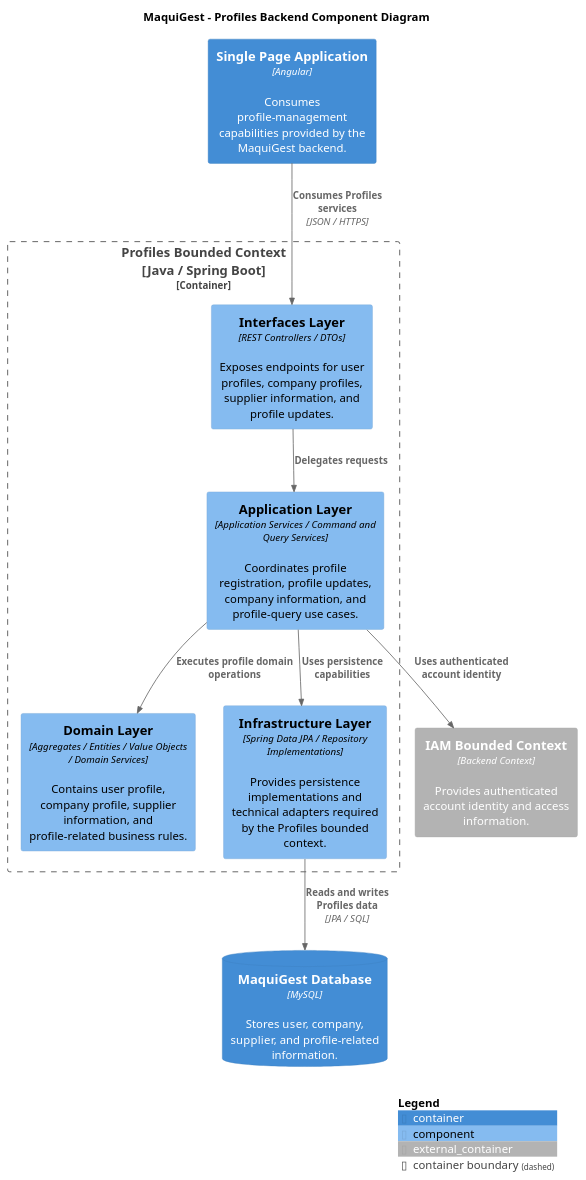
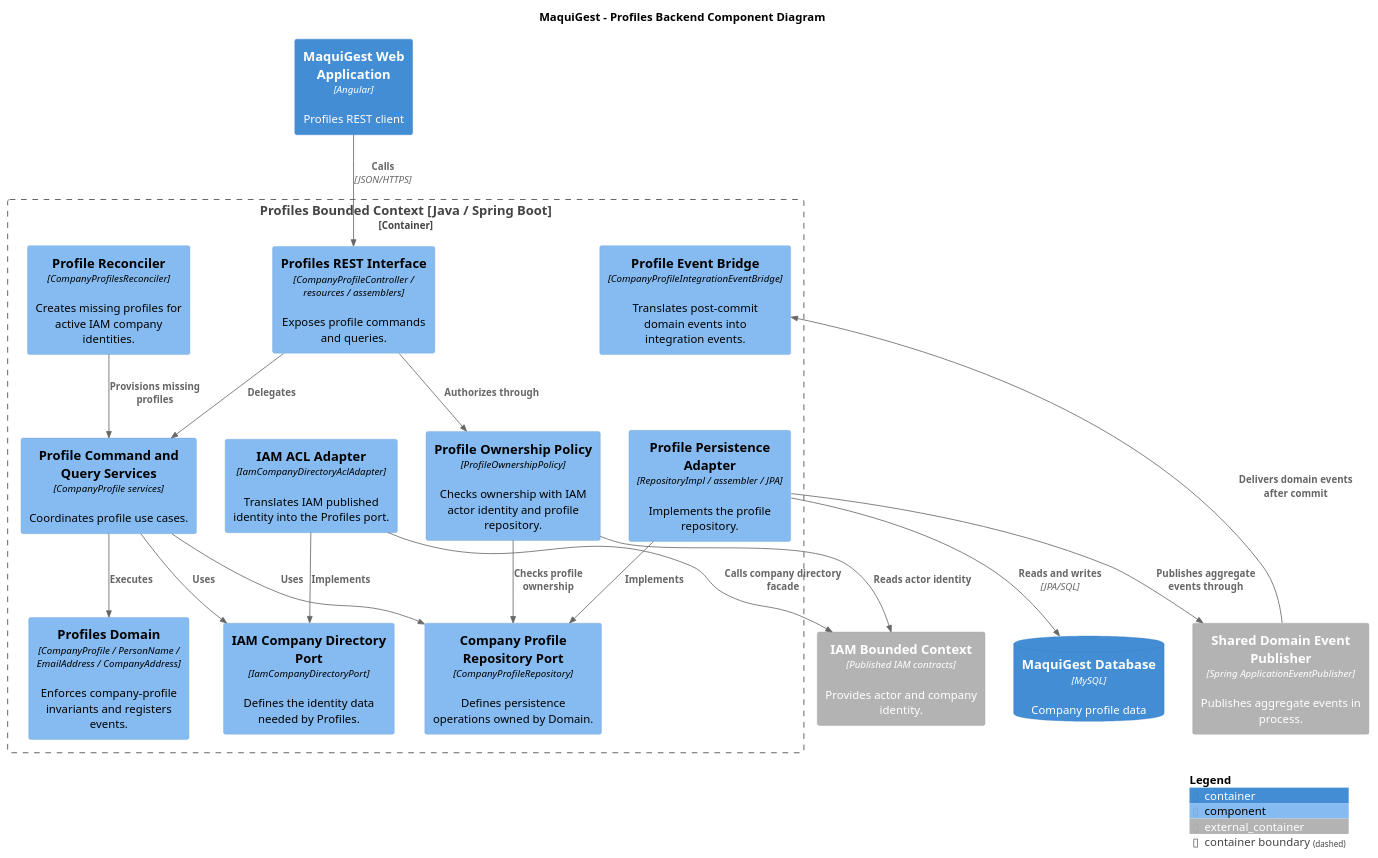
One commit to upc-pre-202620-1asi0729-7750-cleancode/maquigest-report changed the diagram in assets/plantuml/chapter-4/c4/component/backend/maquigest-backend-profiles-component-diagram.puml. Above: the diagram before and after it, drawn with PlantUML. The commit also changed 13 other files, not shown here.

Commit message:
fix(docs): update backend component diagrams assets

```diff
--- a/assets/plantuml/chapter-4/c4/component/backend/maquigest-backend-profiles-component-diagram.puml
+++ b/assets/plantuml/chapter-4/c4/component/backend/maquigest-backend-profiles-component-diagram.puml
@@ -1,37 +1,36 @@
 @startuml
-
-!include https://raw.githubusercontent.com/plantuml-stdlib/C4-PlantUML/master/C4_Component.puml
-
+!include _includes/C4_Component.puml
 title MaquiGest - Profiles Backend Component Diagram
-
-Container(spa, "Single Page Application", "Angular", "Consumes profile-management capabilities provided by the MaquiGest backend.")
-
-Container_Boundary(profilesContext, "Profiles Bounded Context\n[Java / Spring Boot]") {
-
-    Component(interfacesLayer, "Interfaces Layer", "REST Controllers / DTOs", "Exposes endpoints for user profiles, company profiles, supplier information, and profile updates.")
-
-    Component(applicationLayer, "Application Layer", "Application Services / Command and Query Services", "Coordinates profile registration, profile updates, company information, and profile-query use cases.")
-
-    Component(domainLayer, "Domain Layer", "Aggregates / Entities / Value Objects / Domain Services", "Contains user profile, company profile, supplier information, and profile-related business rules.")
-
-    Component(infrastructureLayer, "Infrastructure Layer", "Spring Data JPA / Repository Implementations", "Provides persistence implementations and technical adapters required by the Profiles bounded context.")
+Container(spa, "MaquiGest Web Application", "Angular", "Profiles REST client")
+Container_Ext(iam, "IAM Bounded Context", "Published IAM contracts", "Provides actor and company identity.")
+Container_Ext(shared, "Shared Domain Event Publisher", "Spring ApplicationEventPublisher", "Publishes aggregate events in process.")
+Container_Boundary(profiles, "Profiles Bounded Context [Java / Spring Boot]") {
+ Component(rest, "Profiles REST Interface", "CompanyProfileController / resources / assemblers", "Exposes profile commands and queries.")
+ Component(policy, "Profile Ownership Policy", "ProfileOwnershipPolicy", "Checks ownership with IAM actor identity and profile repository.")
+ Component(app, "Profile Command and Query Services", "CompanyProfile services", "Coordinates profile use cases.")
+ Component(domain, "Profiles Domain", "CompanyProfile / PersonName / EmailAddress / CompanyAddress", "Enforces company-profile invariants and registers events.")
+ Component(repoPort, "Company Profile Repository Port", "CompanyProfileRepository", "Defines persistence operations owned by Domain.")
+ Component(iamPort, "IAM Company Directory Port", "IamCompanyDirectoryPort", "Defines the identity data needed by Profiles.")
+ Component(iamAdapter, "IAM ACL Adapter", "IamCompanyDirectoryAclAdapter", "Translates IAM published identity into the Profiles port.")
+ Component(persistence, "Profile Persistence Adapter", "RepositoryImpl / assembler / JPA", "Implements the profile repository.")
+ Component(reconciler, "Profile Reconciler", "CompanyProfilesReconciler", "Creates missing profiles for active IAM company identities.")
+ Component(eventBridge, "Profile Event Bridge", "CompanyProfileIntegrationEventBridge", "Translates post-commit domain events into integration events.")
 }
-
-Container_Ext(iamContext, "IAM Bounded Context", "Backend Context", "Provides authenticated account identity and access information.")
-
-ContainerDb(database, "MaquiGest Database", "MySQL", "Stores user, company, supplier, and profile-related information.")
-
-Rel(spa, interfacesLayer, "Consumes Profiles services", "JSON / HTTPS")
-
-Rel(interfacesLayer, applicationLayer, "Delegates requests")
-
-Rel(applicationLayer, domainLayer, "Executes profile domain operations")
-Rel(applicationLayer, infrastructureLayer, "Uses persistence capabilities")
-
-Rel(applicationLayer, iamContext, "Uses authenticated account identity")
-
-Rel(infrastructureLayer, database, "Reads and writes Profiles data", "JPA / SQL")
-
+ContainerDb(db, "MaquiGest Database", "MySQL", "Company profile data")
+Rel(spa, rest, "Calls", "JSON/HTTPS")
+Rel(rest, policy, "Authorizes through")
+Rel(policy, iam, "Reads actor identity")
+Rel(policy, repoPort, "Checks profile ownership")
+Rel(rest, app, "Delegates")
+Rel(app, domain, "Executes")
+Rel(app, repoPort, "Uses")
+Rel(app, iamPort, "Uses")
+Rel(iamAdapter, iamPort, "Implements")
+Rel(iamAdapter, iam, "Calls company directory facade")
+Rel(persistence, repoPort, "Implements")
+Rel(persistence, db, "Reads and writes", "JPA/SQL")
+Rel(persistence, shared, "Publishes aggregate events through")
+Rel(shared, eventBridge, "Delivers domain events after commit")
+Rel(reconciler, app, "Provisions missing profiles")
 SHOW_LEGEND()
-
 @enduml
```
